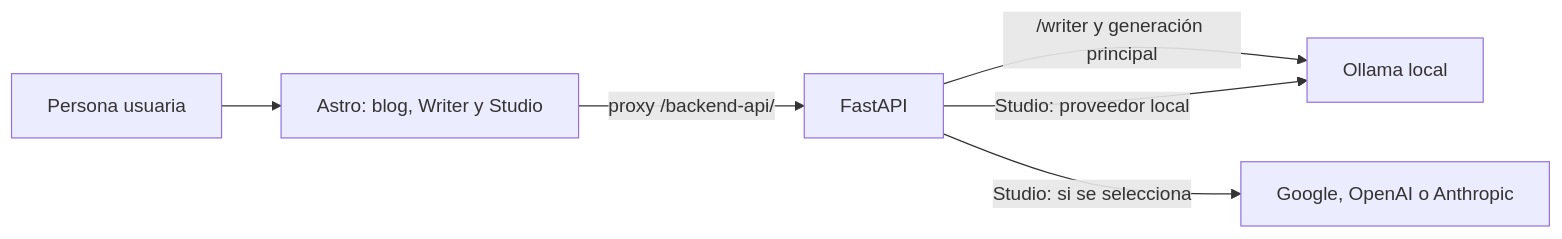
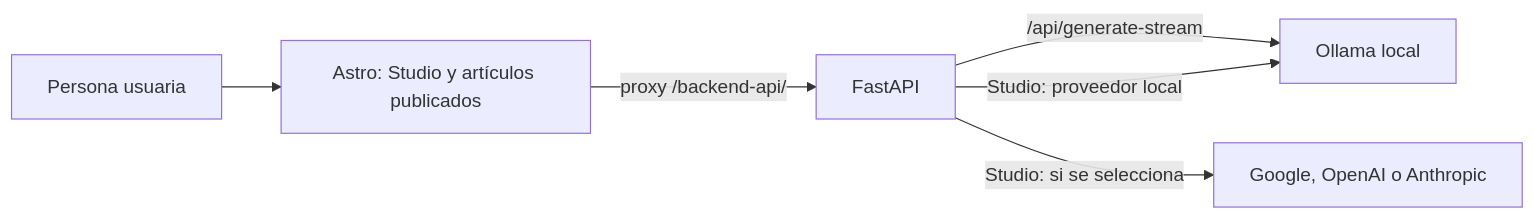
The diagram in README.md (julljoll/JullEditor), drawn with Mermaid before and after one commit. The commit also changed other lines of this file and 11 other files, not shown here.

````diff
--- a/README.md
+++ b/README.md
@@ -46,8 +47,8 @@
 ```mermaid
 flowchart LR
-    U[Persona usuaria] --> A[Astro: blog, Writer y Studio]
+    U[Persona usuaria] --> A[Astro: Studio y artículos publicados]
     A -->|proxy /backend-api/| F[FastAPI]
-    F -->|/writer y generación principal| O[Ollama local]
+    F -->|/api/generate-stream| O[Ollama local]
     F -->|Studio: proveedor local| O
     F -->|Studio: si se selecciona| C[Google, OpenAI o Anthropic]
 ```
````
